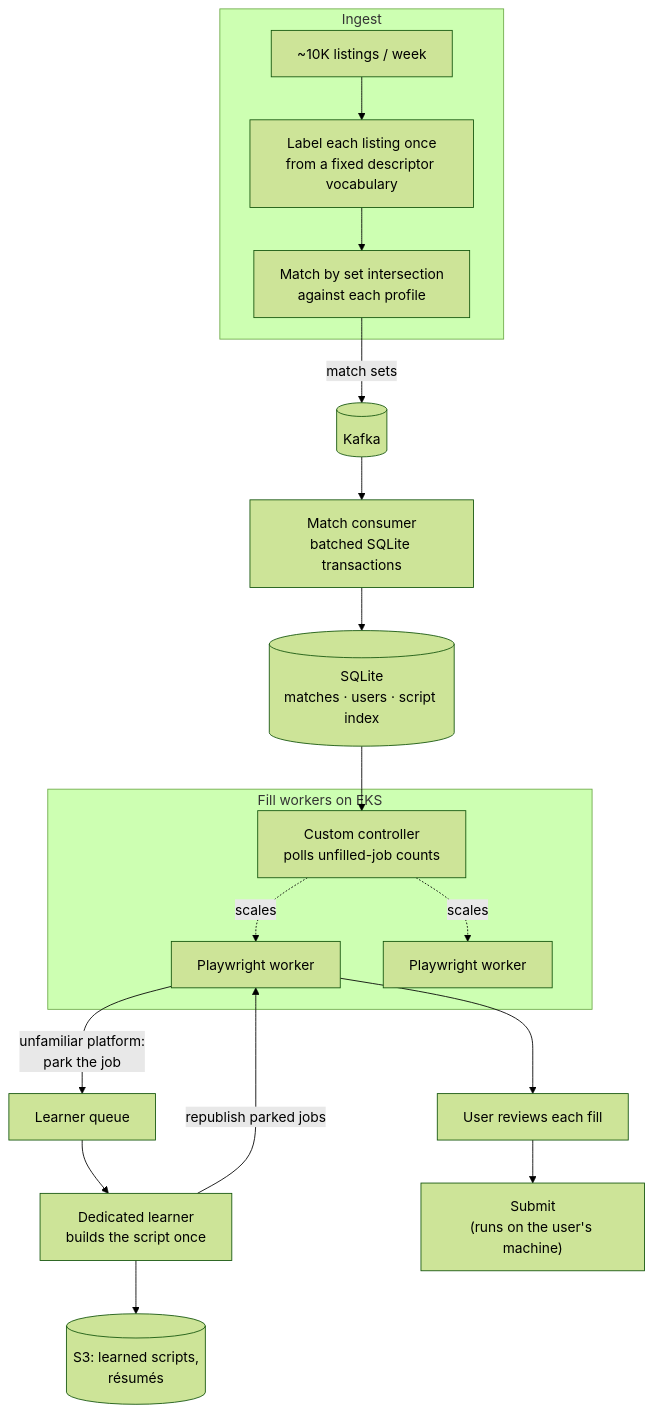
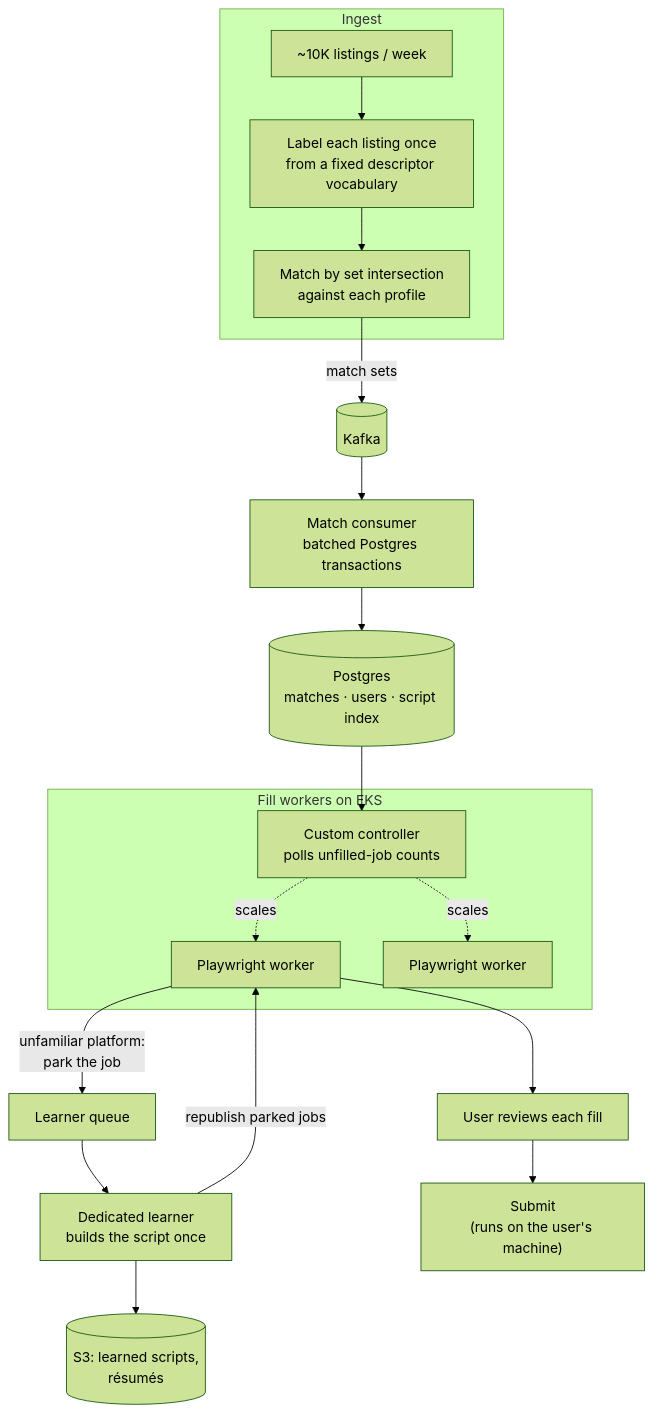
One commit to arnavramidi/demp-architecture changed the diagram in docs/1-v1-built-to-learn.md. Above: the diagram before and after it, drawn with Mermaid (forest theme). The commit also changed other lines of this file and 4 other files, not shown here.

First line of the commit message:
docs: fix v1 database, document routing, embedded-form check, learning ladder, fill flow

````diff
--- a/docs/1-v1-built-to-learn.md
+++ b/docs/1-v1-built-to-learn.md
@@ -15,22 +15,22 @@
 ```mermaid
 flowchart TB
     subgraph Ingest
         L["~10K listings / week"] --> LBL["Label each listing once<br/>from a fixed descriptor vocabulary"]
         LBL --> M["Match by set intersection<br/>against each profile"]
     end
     M -- "match sets" --> K[("Kafka")]
-    K --> MC["Match consumer<br/>batched SQLite transactions"]
-    MC --> DB[("SQLite<br/>matches · users · script index")]
+    K --> MC["Match consumer<br/>batched Postgres transactions"]
+    MC --> DB[("Postgres<br/>matches · users · script index")]
 
     subgraph EKS["Fill workers on EKS"]
         CTRL["Custom controller<br/>polls unfilled-job counts"] -.scales.-> W1["Playwright worker"]
         CTRL -.scales.-> W2["Playwright worker"]
     end
     DB --> CTRL
     W1 -- "unfamiliar platform:<br/>park the job" --> LQ["Learner queue"]
     LQ --> LRN["Dedicated learner<br/>builds the script once"]
     LRN --> S3[("S3: learned scripts,<br/>résumés")]
     LRN -- "republish parked jobs" --> W1
     W1 --> R["User reviews each fill"]
     R --> SUB["Submit<br/>(runs on the user's machine)"]
 ```
````
